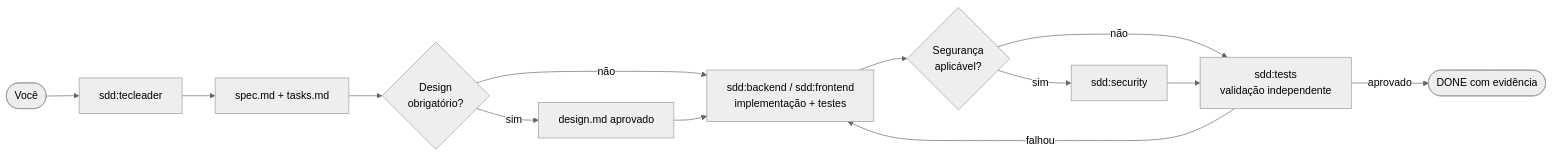
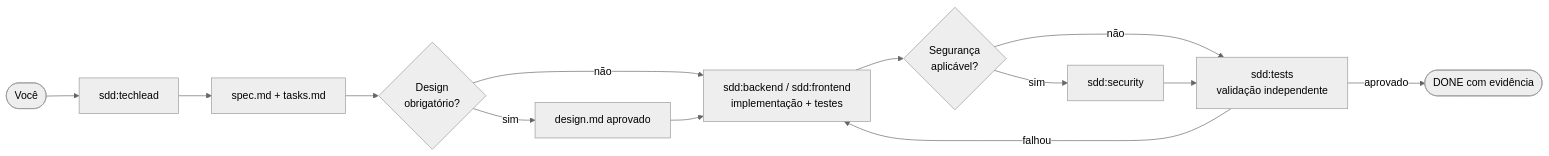
The diagram in README.md (powerlok/claude-sdd-framework), drawn with Mermaid (neutral theme) before and after one commit. The commit also changed other lines of this file and 37 other files, not shown here.

First line of the commit message:
sdd 0.8.0: renomear o agente sdd:tecleader para sdd:techlead (mudança incompatível)

````diff
--- a/README.md
+++ b/README.md
@@ -38,15 +38,15 @@
 ```mermaid
 flowchart LR
-    U([Você]) --> TL[sdd:tecleader]
+    U([Você]) --> TL[sdd:techlead]
     TL --> S[spec.md + tasks.md]
     S --> D{Design<br/>obrigatório?}
     D -->|sim| DS[design.md aprovado]
     D -->|não| I
     DS --> I[sdd:backend / sdd:frontend<br/>implementação + testes]
     I --> SR{Segurança<br/>aplicável?}
     SR -->|sim| SEC[sdd:security]
     SR -->|não| V
     SEC --> V[sdd:tests<br/>validação independente]
     V -->|falhou| I
     V -->|aprovado| DONE([DONE com evidência])
 ```
````
